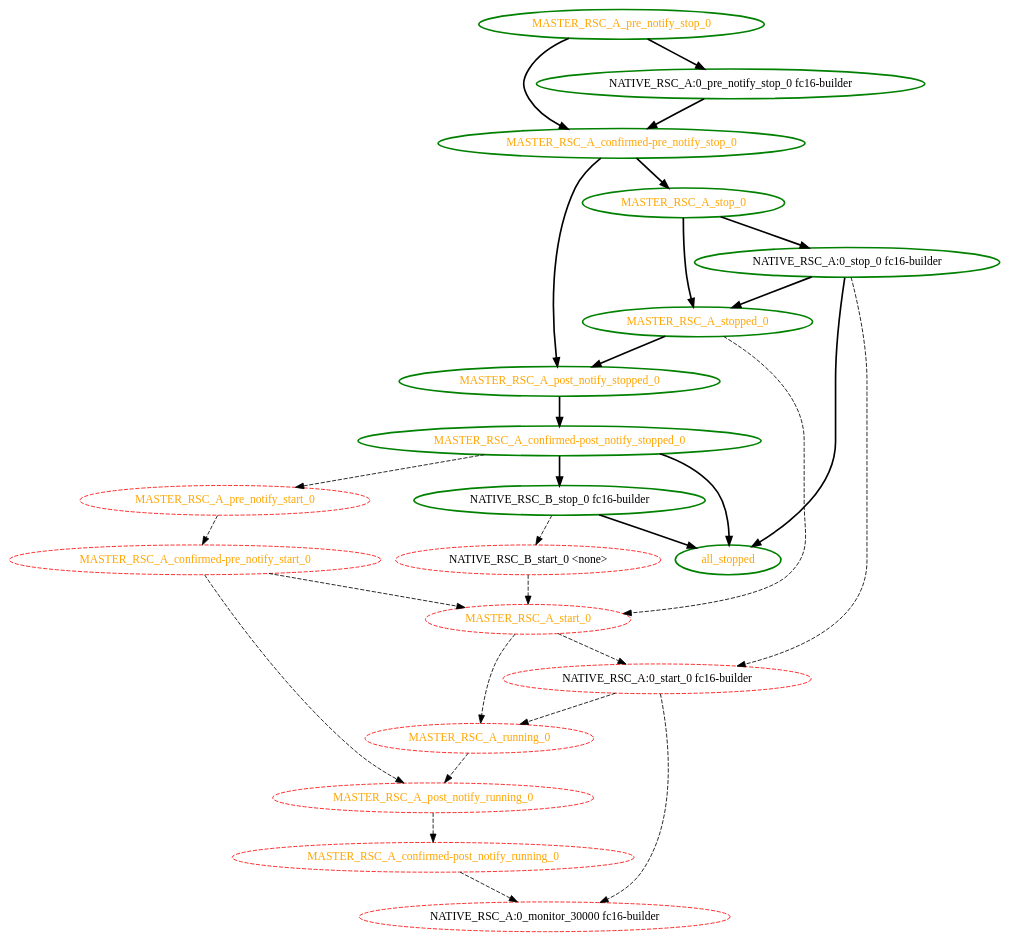
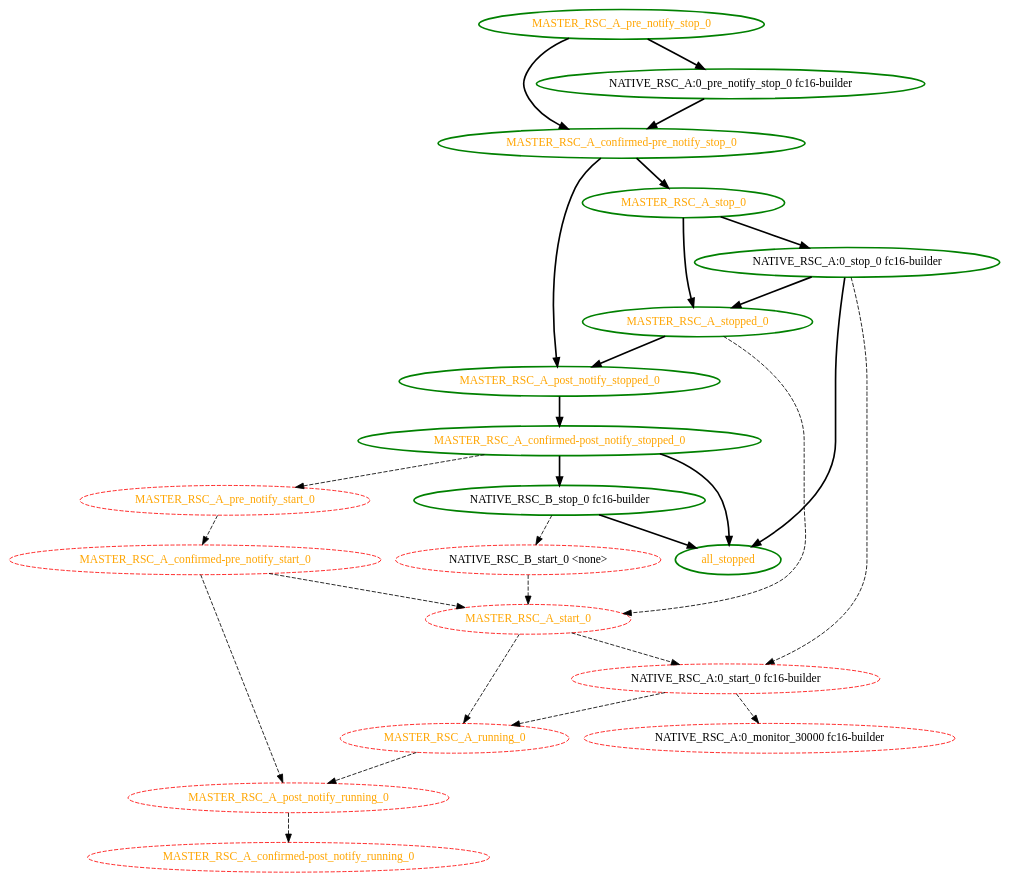
One commit to ClusterLabs/pacemaker changed the diagram in cts/pengine/order_constraint_stops_slave.dot. Above: the diagram before and after it, drawn with Graphviz. The commit also changed 48 other files, not shown here.

```diff
--- a/cts/pengine/order_constraint_stops_slave.dot
+++ b/cts/pengine/order_constraint_stops_slave.dot
@@ -1,50 +1,49 @@
  digraph "g" {
-"MASTER_RSC_A_confirmed-post_notify_running_0" -> "NATIVE_RSC_A:0_monitor_30000 fc16-builder" [ style = dashed]
 "MASTER_RSC_A_confirmed-post_notify_running_0" [ style=dashed color="red" fontcolor="orange"]
 "MASTER_RSC_A_confirmed-post_notify_stopped_0" -> "MASTER_RSC_A_pre_notify_start_0" [ style = dashed]
 "MASTER_RSC_A_confirmed-post_notify_stopped_0" -> "NATIVE_RSC_B_stop_0 fc16-builder" [ style = bold]
 "MASTER_RSC_A_confirmed-post_notify_stopped_0" -> "all_stopped" [ style = bold]
 "MASTER_RSC_A_confirmed-post_notify_stopped_0" [ style=bold color="green" fontcolor="orange"]
 "MASTER_RSC_A_confirmed-pre_notify_start_0" -> "MASTER_RSC_A_post_notify_running_0" [ style = dashed]
 "MASTER_RSC_A_confirmed-pre_notify_start_0" -> "MASTER_RSC_A_start_0" [ style = dashed]
 "MASTER_RSC_A_confirmed-pre_notify_start_0" [ style=dashed color="red" fontcolor="orange"]
 "MASTER_RSC_A_confirmed-pre_notify_stop_0" -> "MASTER_RSC_A_post_notify_stopped_0" [ style = bold]
 "MASTER_RSC_A_confirmed-pre_notify_stop_0" -> "MASTER_RSC_A_stop_0" [ style = bold]
 "MASTER_RSC_A_confirmed-pre_notify_stop_0" [ style=bold color="green" fontcolor="orange"]
 "MASTER_RSC_A_post_notify_running_0" -> "MASTER_RSC_A_confirmed-post_notify_running_0" [ style = dashed]
 "MASTER_RSC_A_post_notify_running_0" [ style=dashed color="red" fontcolor="orange"]
 "MASTER_RSC_A_post_notify_stopped_0" -> "MASTER_RSC_A_confirmed-post_notify_stopped_0" [ style = bold]
 "MASTER_RSC_A_post_notify_stopped_0" [ style=bold color="green" fontcolor="orange"]
 "MASTER_RSC_A_pre_notify_start_0" -> "MASTER_RSC_A_confirmed-pre_notify_start_0" [ style = dashed]
 "MASTER_RSC_A_pre_notify_start_0" [ style=dashed color="red" fontcolor="orange"]
 "MASTER_RSC_A_pre_notify_stop_0" -> "MASTER_RSC_A_confirmed-pre_notify_stop_0" [ style = bold]
 "MASTER_RSC_A_pre_notify_stop_0" -> "NATIVE_RSC_A:0_pre_notify_stop_0 fc16-builder" [ style = bold]
 "MASTER_RSC_A_pre_notify_stop_0" [ style=bold color="green" fontcolor="orange"]
 "MASTER_RSC_A_running_0" -> "MASTER_RSC_A_post_notify_running_0" [ style = dashed]
 "MASTER_RSC_A_running_0" [ style=dashed color="red" fontcolor="orange"]
 "MASTER_RSC_A_start_0" -> "MASTER_RSC_A_running_0" [ style = dashed]
 "MASTER_RSC_A_start_0" -> "NATIVE_RSC_A:0_start_0 fc16-builder" [ style = dashed]
 "MASTER_RSC_A_start_0" [ style=dashed color="red" fontcolor="orange"]
 "MASTER_RSC_A_stop_0" -> "MASTER_RSC_A_stopped_0" [ style = bold]
 "MASTER_RSC_A_stop_0" -> "NATIVE_RSC_A:0_stop_0 fc16-builder" [ style = bold]
 "MASTER_RSC_A_stop_0" [ style=bold color="green" fontcolor="orange"]
 "MASTER_RSC_A_stopped_0" -> "MASTER_RSC_A_post_notify_stopped_0" [ style = bold]
 "MASTER_RSC_A_stopped_0" -> "MASTER_RSC_A_start_0" [ style = dashed]
 "MASTER_RSC_A_stopped_0" [ style=bold color="green" fontcolor="orange"]
 "NATIVE_RSC_A:0_monitor_30000 fc16-builder" [ style=dashed color="red" fontcolor="black"]
 "NATIVE_RSC_A:0_pre_notify_stop_0 fc16-builder" -> "MASTER_RSC_A_confirmed-pre_notify_stop_0" [ style = bold]
 "NATIVE_RSC_A:0_pre_notify_stop_0 fc16-builder" [ style=bold color="green" fontcolor="black"]
 "NATIVE_RSC_A:0_start_0 fc16-builder" -> "MASTER_RSC_A_running_0" [ style = dashed]
 "NATIVE_RSC_A:0_start_0 fc16-builder" -> "NATIVE_RSC_A:0_monitor_30000 fc16-builder" [ style = dashed]
 "NATIVE_RSC_A:0_start_0 fc16-builder" [ style=dashed color="red" fontcolor="black"]
 "NATIVE_RSC_A:0_stop_0 fc16-builder" -> "MASTER_RSC_A_stopped_0" [ style = bold]
 "NATIVE_RSC_A:0_stop_0 fc16-builder" -> "NATIVE_RSC_A:0_start_0 fc16-builder" [ style = dashed]
 "NATIVE_RSC_A:0_stop_0 fc16-builder" -> "all_stopped" [ style = bold]
 "NATIVE_RSC_A:0_stop_0 fc16-builder" [ style=bold color="green" fontcolor="black"]
 "NATIVE_RSC_B_start_0 <none>" -> "MASTER_RSC_A_start_0" [ style = dashed]
 "NATIVE_RSC_B_start_0 <none>" [ style=dashed color="red" fontcolor="black"]
 "NATIVE_RSC_B_stop_0 fc16-builder" -> "NATIVE_RSC_B_start_0 <none>" [ style = dashed]
 "NATIVE_RSC_B_stop_0 fc16-builder" -> "all_stopped" [ style = bold]
 "NATIVE_RSC_B_stop_0 fc16-builder" [ style=bold color="green" fontcolor="black"]
 "all_stopped" [ style=bold color="green" fontcolor="orange"]
 }
```
